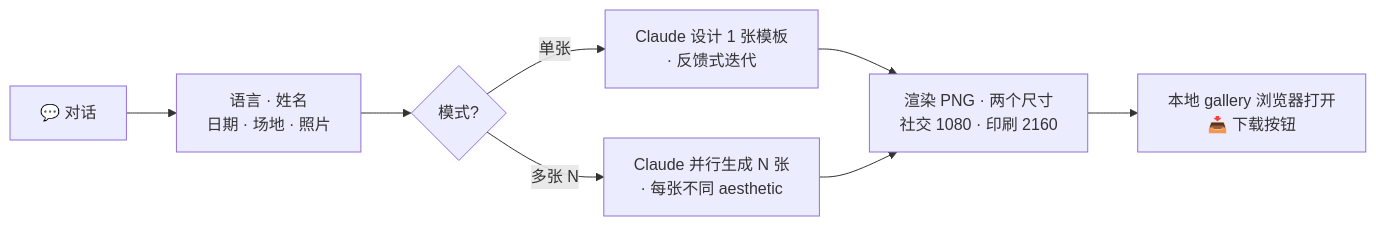
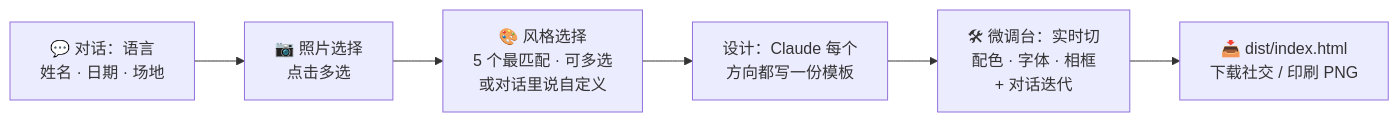
The diagram in README.zh-CN.md (wyx-sg/wedding-invitation-skill), drawn with Mermaid before and after one commit. The commit also changed other lines of this file and 7 other files, not shown here.

````diff
--- a/README.zh-CN.md
+++ b/README.zh-CN.md
@@ -92,10 +92,8 @@
 ```mermaid
 flowchart LR
-    A[💬 对话] --> B[语言 · 姓名<br/>日期 · 场地 · 照片]
-    B --> M{模式?}
-    M -->|单张| S[Claude 设计 1 张模板<br/>· 反馈式迭代]
-    M -->|多张 N| G[Claude 并行生成 N 张<br/>· 每张不同 aesthetic]
-    S --> R[渲染 PNG · 两个尺寸<br/>社交 1080 · 印刷 2160]
-    G --> R
-    R --> O[本地 gallery 浏览器打开<br/>📥 下载按钮]
+    A[💬 对话：语言<br/>姓名 · 日期 · 场地] --> P[📷 照片选择<br/>点击多选]
+    P --> S[🎨 风格选择<br/>5 个最匹配 · 可多选<br/>或对话里说自定义]
+    S --> D[设计：Claude 每个<br/>方向都写一份模板]
+    D --> T[🛠 微调台：实时切<br/>配色 · 字体 · 相框<br/>+ 对话迭代]
+    T --> O[📥 dist/index.html<br/>下载社交 / 印刷 PNG]
 ```
````
